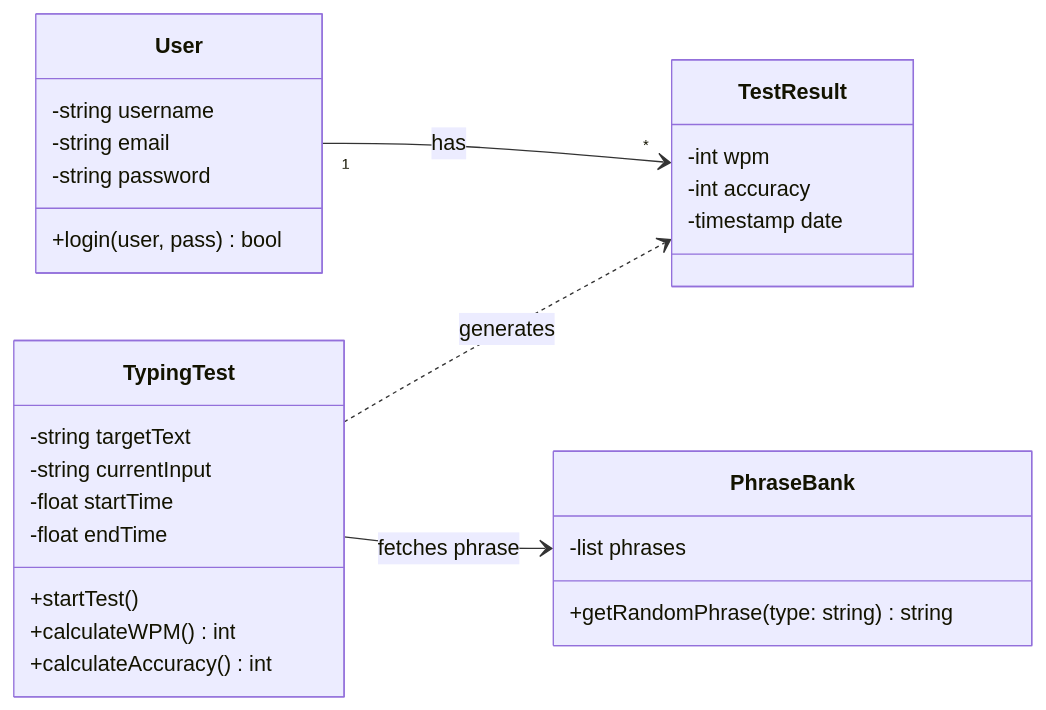
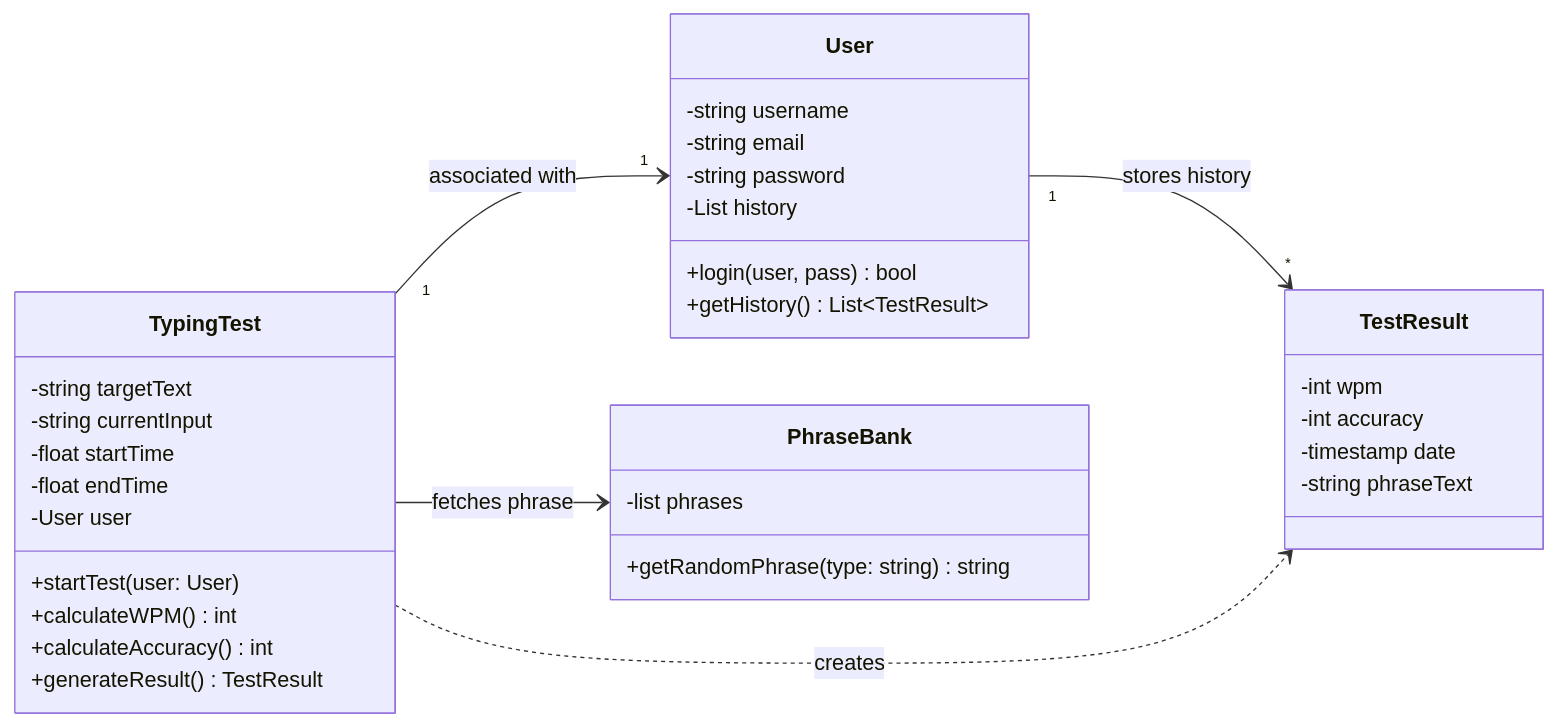
Before and after one commit to Davictory2003/tippitytappity-design: the diagram in README.md, drawn with Mermaid.

Commit message:
Update README with User history

````diff
--- a/README.md
+++ b/README.md
@@ -8,34 +8,41 @@
 ```mermaid
 classDiagram
     direction LR
     class User {
         -string username
         -string email
         -string password
+        -List<TestResult> history
         +login(user, pass) bool
+        +getHistory() List~TestResult~
     }
 
     class PhraseBank {
         -list phrases
         +getRandomPhrase(type: string) string
     }
 
     class TypingTest {
         -string targetText
         -string currentInput
         -float startTime
         -float endTime
-        +startTest()
+        -User user
+        +startTest(user: User)
         +calculateWPM() int
         +calculateAccuracy() int
+        +generateResult() TestResult
     }
 
     class TestResult {
         -int wpm
         -int accuracy
         -timestamp date
+        -string phraseText
     }
-    User "1" --> "*" TestResult : has
+
+    User "1" --> "*" TestResult : stores history
     TypingTest --> PhraseBank : fetches phrase
-    TypingTest ..> TestResult : generates
+    TypingTest "1" --> "1" User : associated with
+    TypingTest ..> TestResult : creates
 ```
````
